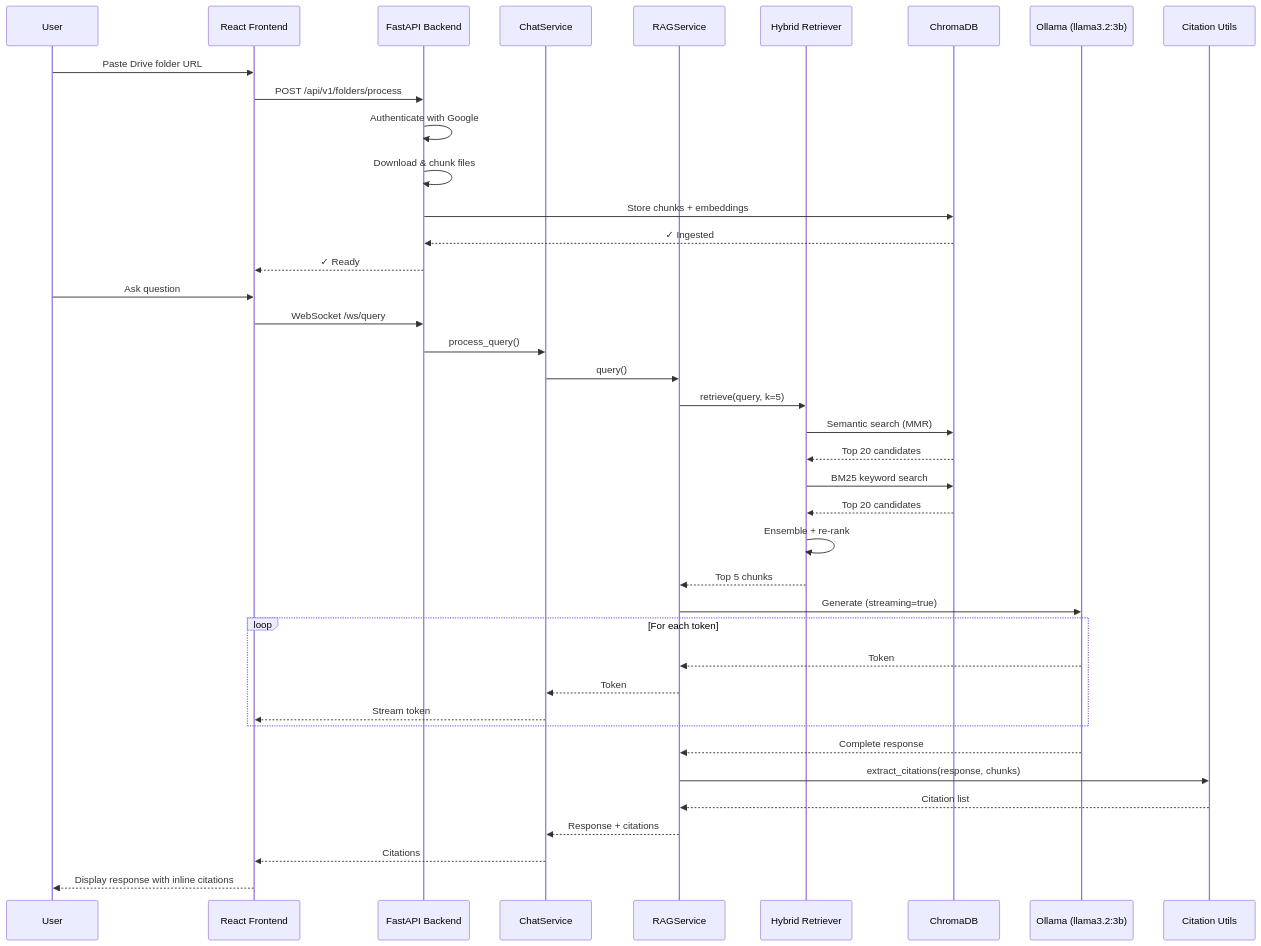
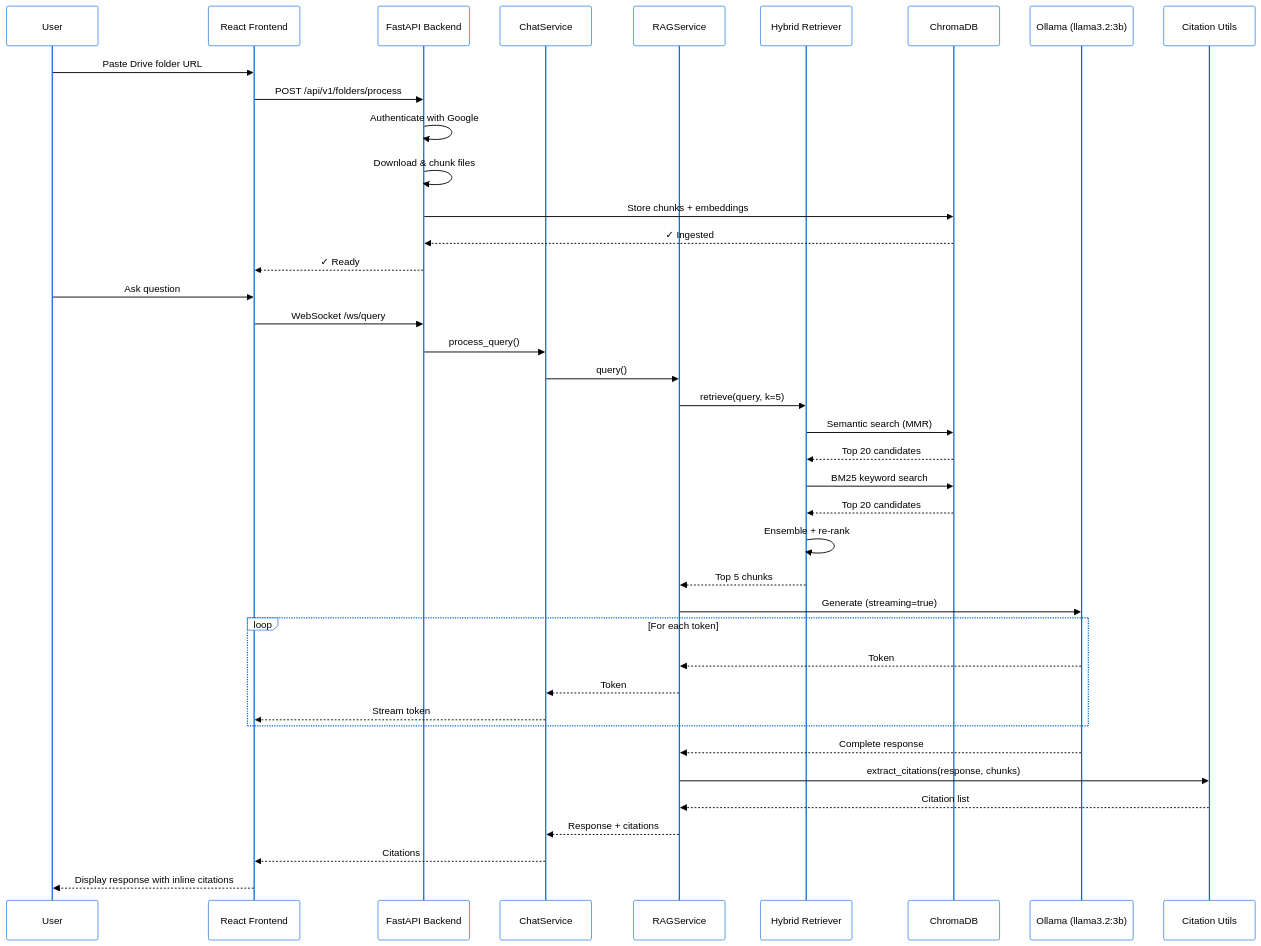
Before and after one commit to arpan1221/Foldex: the second of 5 diagrams in README.md, drawn with Mermaid. The commit also changed other lines of this file and 1 other file, not shown here.

````diff
--- a/README.md
+++ b/README.md
@@ -95,54 +141,55 @@
 ```mermaid
+%%{init: {'theme':'base', 'themeVariables': { 'primaryColor':'#ffffff', 'primaryTextColor':'#000000', 'primaryBorderColor':'#0366d6', 'lineColor':'#0366d6', 'secondaryColor':'#f6f8fa', 'tertiaryColor':'#ffffff'}}}%%
 sequenceDiagram
     participant User
     participant Frontend as React Frontend
     participant API as FastAPI Backend
     participant Chat as ChatService
     participant RAG as RAGService
     participant Retriever as Hybrid Retriever
     participant ChromaDB
     participant Ollama as Ollama (llama3.2:3b)
     participant Citations as Citation Utils
     
     User->>Frontend: Paste Drive folder URL
     Frontend->>API: POST /api/v1/folders/process
     API->>API: Authenticate with Google
     API->>API: Download & chunk files
     API->>ChromaDB: Store chunks + embeddings
     ChromaDB-->>API: ✓ Ingested
     API-->>Frontend: ✓ Ready
     
     User->>Frontend: Ask question
     Frontend->>API: WebSocket /ws/query
     API->>Chat: process_query()
     
     Chat->>RAG: query()
     RAG->>Retriever: retrieve(query, k=5)
     
     Retriever->>ChromaDB: Semantic search (MMR)
     ChromaDB-->>Retriever: Top 20 candidates
     
     Retriever->>ChromaDB: BM25 keyword search
     ChromaDB-->>Retriever: Top 20 candidates
     
     Retriever->>Retriever: Ensemble + re-rank
     Retriever-->>RAG: Top 5 chunks
     
     RAG->>Ollama: Generate (streaming=true)
     
     loop For each token
         Ollama-->>RAG: Token
         RAG-->>Chat: Token
         Chat-->>Frontend: Stream token
     end
     
     Ollama-->>RAG: Complete response
     
     RAG->>Citations: extract_citations(response, chunks)
     Citations-->>RAG: Citation list
     
     RAG-->>Chat: Response + citations
     Chat-->>Frontend: Citations
     
     Frontend-->>User: Display response with inline citations
 ```
````
